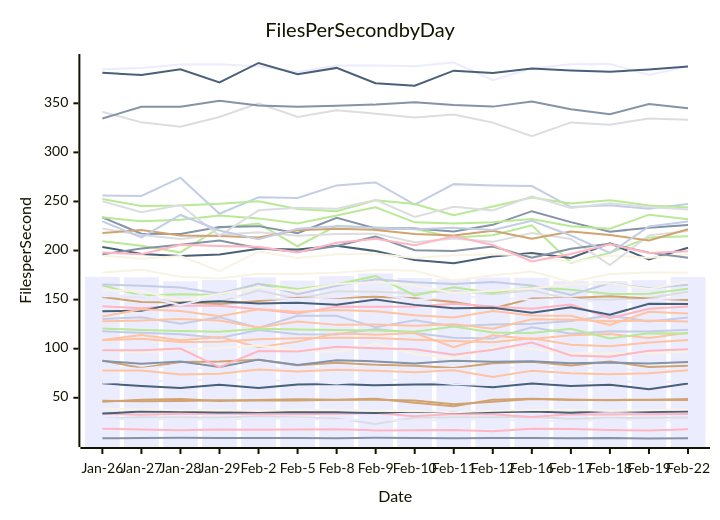
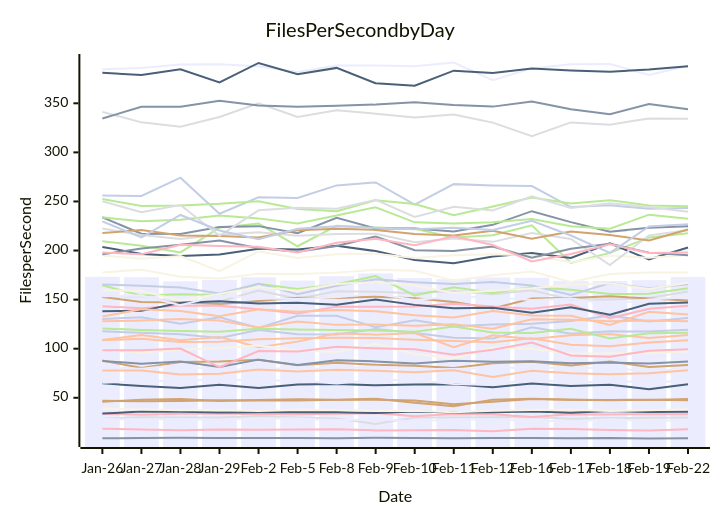
Before and after one commit to streetsidesoftware/cspell: the diagram in perf-report.md, drawn with Mermaid. The commit also changed other lines of this file and 1 other file, not shown here.

````diff
--- a/perf-report.md
+++ b/perf-report.md
@@ -10,57 +10,57 @@
 ```mermaid
 xychart-beta
     title Files Per Second by Day
     y-axis Files per Second
     x-axis Date [Jan-26, Jan-27, Jan-28, Jan-29, Feb-2, Feb-5, Feb-8, Feb-9, Feb-10, Feb-11, Feb-12, Feb-16, Feb-17, Feb-18, Feb-19, Feb-22]
-    bar [173.21, 172.82, 168.69, 170.17, 172.76, 169.39, 173.94, 176.68, 172.01, 170.80, 172.59, 172.20, 169.11, 168.97, 169.87, 173.08]
-    line [8.69, 9.06, 9.17, 8.90, 9.14, 9.10, 8.87, 9.39, 9.10, 8.79, 9.11, 8.93, 8.64, 9.05, 8.51, 8.67]
-    line [108.52, 110.13, 106.78, 107.20, 109.65, 110.63, 111.16, 110.94, 109.21, 107.83, 106.68, 110.60, 103.95, 102.58, 106.20, 108.90]
-    line [28.70, 30.12, 29.90, 29.99, 31.08, 29.80, 28.87, 23.26, 29.91, 29.82, 30.05, 30.35, 28.52, 29.28, 29.65, 29.92]
-    line [209.49, 204.94, 198.04, 223.32, 227.45, 204.37, 225.14, 223.42, 222.08, 213.20, 215.50, 225.73, 187.50, 197.59, 213.32, 214.65]
-    line [87.91, 80.34, 86.50, 86.84, 88.66, 83.22, 85.59, 83.52, 82.54, 80.25, 85.24, 86.74, 82.84, 86.83, 81.45, 82.71]
-    line [130.32, 132.03, 125.54, 132.09, 121.09, 133.64, 133.48, 121.84, 129.06, 122.93, 124.68, 125.50, 128.25, 133.90, 127.83, 131.85]
-    line [33.70, 32.82, 33.62, 33.93, 33.23, 33.25, 33.77, 34.38, 31.28, 33.43, 33.24, 30.53, 33.31, 33.04, 33.28, 33.40]
-    line [203.69, 196.52, 194.52, 195.98, 201.87, 201.12, 204.97, 199.43, 190.33, 187.01, 193.91, 197.53, 192.34, 207.35, 190.87, 202.87]
-    line [195.04, 191.69, 194.48, 178.97, 199.11, 192.32, 196.15, 196.80, 192.49, 195.28, 196.29, 194.83, 188.10, 194.84, 192.66, 196.09]
-    line [80.80, 79.69, 83.58, 77.01, 80.34, 79.32, 79.86, 81.63, 78.70, 79.41, 80.42, 80.99, 80.08, 80.78, 76.61, 80.56]
-    line [233.87, 217.12, 216.93, 224.01, 224.86, 217.64, 233.33, 222.49, 222.54, 219.50, 226.16, 240.10, 228.96, 219.08, 223.33, 225.91]
-    line [127.88, 128.69, 130.23, 128.77, 121.54, 127.82, 124.27, 124.62, 123.31, 125.03, 120.42, 129.98, 129.47, 127.87, 128.69, 127.64]
-    line [152.95, 153.44, 146.68, 148.04, 159.34, 150.93, 158.41, 157.97, 156.56, 158.71, 155.41, 159.62, 150.02, 150.05, 151.55, 158.01]
-    line [233.83, 229.73, 231.27, 235.75, 232.76, 227.56, 235.60, 244.14, 228.71, 227.46, 228.82, 232.02, 224.80, 222.16, 236.53, 231.78]
-    line [152.72, 147.54, 147.09, 145.41, 148.70, 151.93, 151.71, 152.93, 151.27, 147.55, 140.92, 151.13, 151.76, 153.31, 151.18, 149.50]
-    line [256.11, 255.68, 274.20, 237.51, 254.20, 253.57, 266.34, 269.39, 246.86, 267.66, 266.35, 265.66, 244.28, 246.16, 242.48, 247.33]
-    line [18.55, 17.57, 16.82, 17.76, 17.39, 17.79, 18.01, 16.74, 16.81, 17.17, 15.81, 18.35, 18.08, 17.18, 16.76, 17.81]
-    line [33.94, 35.92, 35.70, 34.97, 35.24, 35.24, 35.29, 34.51, 36.01, 35.10, 35.21, 35.98, 34.82, 36.43, 35.46, 36.09]
-    line [38.81, 37.93, 37.35, 37.58, 36.65, 37.87, 37.52, 36.62, 36.71, 35.21, 36.78, 37.62, 37.74, 36.57, 37.30, 38.14]
-    line [384.72, 385.87, 389.43, 389.76, 387.86, 381.95, 388.55, 388.50, 387.75, 391.57, 373.53, 385.59, 389.88, 390.09, 378.81, 387.64]
-    line [87.49, 84.71, 86.94, 81.29, 88.85, 83.51, 88.25, 87.06, 84.92, 87.81, 86.69, 87.24, 85.15, 85.90, 85.00, 86.52]
-    line [77.74, 77.78, 73.82, 74.60, 78.73, 76.88, 78.62, 77.47, 76.02, 78.07, 71.09, 77.64, 74.87, 74.07, 74.98, 77.95]
-    line [222.41, 215.81, 211.64, 216.10, 218.52, 215.06, 216.88, 216.99, 208.40, 212.31, 208.84, 217.81, 211.80, 185.28, 215.46, 219.96]
-    line [164.60, 154.09, 155.59, 154.71, 166.16, 160.94, 165.57, 174.04, 154.30, 162.65, 156.66, 162.87, 159.96, 155.64, 155.90, 161.03]
-    line [217.84, 220.87, 215.44, 214.77, 213.40, 220.70, 222.08, 221.01, 216.87, 215.38, 220.23, 212.12, 219.37, 215.84, 210.18, 221.71]
-    line [117.78, 116.14, 114.78, 110.96, 118.96, 114.84, 114.56, 119.99, 116.03, 111.12, 110.27, 121.81, 115.35, 117.70, 117.45, 119.34]
-    line [143.21, 141.20, 143.98, 143.78, 140.14, 135.87, 142.86, 142.75, 143.10, 145.82, 143.11, 140.65, 144.98, 130.98, 140.65, 142.89]
-    line [64.72, 62.00, 60.00, 63.28, 59.94, 63.60, 64.06, 62.64, 63.65, 63.88, 60.68, 64.42, 62.12, 63.28, 58.66, 64.46]
-    line [177.69, 180.46, 173.36, 171.47, 176.27, 176.08, 177.50, 180.37, 179.50, 169.53, 174.82, 178.71, 168.06, 176.19, 177.57, 177.57]
-    line [65.41, 67.07, 67.22, 68.71, 67.83, 67.42, 64.50, 68.29, 67.95, 63.94, 63.10, 68.79, 65.40, 66.62, 66.45, 66.30]
-    line [196.11, 202.03, 205.84, 210.33, 202.30, 198.84, 204.68, 214.35, 200.27, 199.54, 204.14, 192.69, 201.75, 206.87, 197.87, 192.70]
-    line [108.80, 113.98, 108.63, 112.03, 101.57, 107.21, 115.59, 114.29, 115.98, 101.55, 113.56, 109.85, 113.73, 114.86, 110.85, 116.33]
-    line [341.26, 330.59, 326.24, 336.05, 350.02, 336.18, 342.95, 339.36, 335.43, 338.51, 330.30, 316.59, 330.53, 328.24, 334.55, 333.25]
-    line [252.46, 245.33, 245.88, 247.56, 250.17, 242.23, 239.94, 251.24, 247.36, 235.88, 244.92, 253.98, 247.84, 251.30, 245.99, 243.73]
-    line [46.87, 46.43, 46.80, 47.45, 47.29, 47.35, 47.86, 48.05, 47.30, 43.46, 46.02, 48.76, 47.89, 47.85, 48.05, 47.61]
-    line [165.48, 164.06, 162.34, 156.27, 166.07, 155.61, 164.06, 170.66, 167.78, 165.93, 167.97, 164.38, 154.74, 166.79, 161.65, 165.18]
-    line [197.93, 196.32, 205.82, 204.70, 203.85, 198.04, 207.86, 211.91, 205.36, 214.41, 205.57, 188.86, 196.47, 206.41, 197.46, 199.27]
-    line [138.21, 138.55, 146.90, 148.25, 146.04, 146.87, 144.71, 150.09, 144.64, 141.32, 141.68, 136.63, 142.32, 134.55, 145.82, 145.43]
-    line [98.65, 96.11, 99.25, 100.66, 103.18, 98.24, 96.65, 104.96, 94.67, 90.15, 101.17, 99.92, 94.76, 95.38, 95.32, 97.11]
-    line [28.41, 27.77, 28.43, 27.26, 29.20, 28.78, 27.22, 28.25, 25.94, 28.04, 27.66, 26.73, 25.95, 28.09, 26.29, 27.27]
-    line [334.45, 346.57, 346.60, 352.58, 347.78, 346.57, 347.57, 348.75, 351.19, 348.15, 346.62, 351.78, 343.88, 338.94, 349.19, 345.01]
-    line [132.73, 140.24, 138.48, 133.03, 140.20, 137.55, 139.32, 138.06, 134.03, 131.86, 138.50, 133.91, 133.44, 124.24, 137.70, 135.91]
-    line [250.24, 239.03, 246.34, 215.04, 240.95, 243.60, 242.70, 251.69, 234.31, 244.51, 240.78, 255.22, 243.34, 248.23, 244.44, 241.78]
-    line [120.57, 119.01, 117.99, 117.30, 120.43, 119.43, 118.96, 118.43, 117.39, 122.51, 116.51, 115.88, 120.25, 110.42, 115.69, 115.50]
-    line [46.02, 47.96, 48.80, 46.78, 47.79, 48.42, 47.97, 48.95, 44.92, 41.33, 48.11, 48.93, 47.91, 47.47, 47.85, 48.74]
-    line [229.64, 213.50, 236.23, 220.41, 211.45, 222.13, 224.72, 223.26, 221.76, 223.13, 220.88, 230.21, 215.32, 197.56, 224.48, 229.61]
-    line [98.45, 98.30, 100.11, 81.16, 97.62, 97.16, 101.86, 100.35, 99.46, 93.91, 99.01, 106.34, 93.17, 91.86, 97.86, 99.51]
-    line [381.11, 378.87, 384.64, 371.32, 391.09, 379.53, 386.07, 370.43, 367.95, 383.26, 380.80, 385.48, 383.39, 382.12, 384.41, 387.40]
-    line [159.47, 158.84, 149.03, 155.81, 162.82, 158.93, 165.88, 167.89, 164.45, 156.78, 159.08, 161.56, 165.23, 166.55, 160.76, 168.23]
-    line [153.48, 154.19, 144.39, 154.19, 151.10, 150.58, 152.48, 156.02, 149.70, 153.17, 152.51, 149.58, 151.17, 145.28, 150.19, 151.80]
+    bar [173.21, 172.82, 168.69, 170.17, 172.76, 169.39, 173.94, 176.68, 172.01, 170.80, 172.59, 172.20, 169.11, 168.97, 169.87, 173.10]
+    line [8.69, 9.06, 9.17, 8.90, 9.14, 9.10, 8.87, 9.39, 9.10, 8.79, 9.11, 8.93, 8.64, 9.05, 8.51, 8.71]
+    line [108.52, 110.13, 106.78, 107.20, 109.65, 110.63, 111.16, 110.94, 109.21, 107.83, 106.68, 110.60, 103.95, 102.58, 106.20, 108.59]
+    line [28.70, 30.12, 29.90, 29.99, 31.08, 29.80, 28.87, 23.26, 29.91, 29.82, 30.05, 30.35, 28.52, 29.28, 29.65, 30.02]
+    line [209.49, 204.94, 198.04, 223.32, 227.45, 204.37, 225.14, 223.42, 222.08, 213.20, 215.50, 225.73, 187.50, 197.59, 213.32, 217.55]
+    line [87.91, 80.34, 86.50, 86.84, 88.66, 83.22, 85.59, 83.52, 82.54, 80.25, 85.24, 86.74, 82.84, 86.83, 81.45, 83.45]
+    line [130.32, 132.03, 125.54, 132.09, 121.09, 133.64, 133.48, 121.84, 129.06, 122.93, 124.68, 125.50, 128.25, 133.90, 127.83, 131.38]
+    line [33.70, 32.82, 33.62, 33.93, 33.23, 33.25, 33.77, 34.38, 31.28, 33.43, 33.24, 30.53, 33.31, 33.04, 33.28, 33.14]
+    line [203.69, 196.52, 194.52, 195.98, 201.87, 201.12, 204.97, 199.43, 190.33, 187.01, 193.91, 197.53, 192.34, 207.35, 190.87, 203.06]
+    line [195.04, 191.69, 194.48, 178.97, 199.11, 192.32, 196.15, 196.80, 192.49, 195.28, 196.29, 194.83, 188.10, 194.84, 192.66, 195.39]
+    line [80.80, 79.69, 83.58, 77.01, 80.34, 79.32, 79.86, 81.63, 78.70, 79.41, 80.42, 80.99, 80.08, 80.78, 76.61, 80.23]
+    line [233.87, 217.12, 216.93, 224.01, 224.86, 217.64, 233.33, 222.49, 222.54, 219.50, 226.16, 240.10, 228.96, 219.08, 223.33, 224.83]
+    line [127.88, 128.69, 130.23, 128.77, 121.54, 127.82, 124.27, 124.62, 123.31, 125.03, 120.42, 129.98, 129.47, 127.87, 128.69, 127.92]
+    line [152.95, 153.44, 146.68, 148.04, 159.34, 150.93, 158.41, 157.97, 156.56, 158.71, 155.41, 159.62, 150.02, 150.05, 151.55, 158.28]
+    line [233.83, 229.73, 231.27, 235.75, 232.76, 227.56, 235.60, 244.14, 228.71, 227.46, 228.82, 232.02, 224.80, 222.16, 236.53, 232.36]
+    line [152.72, 147.54, 147.09, 145.41, 148.70, 151.93, 151.71, 152.93, 151.27, 147.55, 140.92, 151.13, 151.76, 153.31, 151.18, 149.10]
+    line [256.11, 255.68, 274.20, 237.51, 254.20, 253.57, 266.34, 269.39, 246.86, 267.66, 266.35, 265.66, 244.28, 246.16, 242.48, 243.24]
+    line [18.55, 17.57, 16.82, 17.76, 17.39, 17.79, 18.01, 16.74, 16.81, 17.17, 15.81, 18.35, 18.08, 17.18, 16.76, 17.82]
+    line [33.94, 35.92, 35.70, 34.97, 35.24, 35.24, 35.29, 34.51, 36.01, 35.10, 35.21, 35.98, 34.82, 36.43, 35.46, 35.87]
+    line [38.81, 37.93, 37.35, 37.58, 36.65, 37.87, 37.52, 36.62, 36.71, 35.21, 36.78, 37.62, 37.74, 36.57, 37.30, 38.21]
+    line [384.72, 385.87, 389.43, 389.76, 387.86, 381.95, 388.55, 388.50, 387.75, 391.57, 373.53, 385.59, 389.88, 390.09, 378.81, 388.20]
+    line [87.49, 84.71, 86.94, 81.29, 88.85, 83.51, 88.25, 87.06, 84.92, 87.81, 86.69, 87.24, 85.15, 85.90, 85.00, 86.86]
+    line [77.74, 77.78, 73.82, 74.60, 78.73, 76.88, 78.62, 77.47, 76.02, 78.07, 71.09, 77.64, 74.87, 74.07, 74.98, 78.01]
+    line [222.41, 215.81, 211.64, 216.10, 218.52, 215.06, 216.88, 216.99, 208.40, 212.31, 208.84, 217.81, 211.80, 185.28, 215.46, 220.70]
+    line [164.60, 154.09, 155.59, 154.71, 166.16, 160.94, 165.57, 174.04, 154.30, 162.65, 156.66, 162.87, 159.96, 155.64, 155.90, 161.67]
+    line [217.84, 220.87, 215.44, 214.77, 213.40, 220.70, 222.08, 221.01, 216.87, 215.38, 220.23, 212.12, 219.37, 215.84, 210.18, 221.48]
+    line [117.78, 116.14, 114.78, 110.96, 118.96, 114.84, 114.56, 119.99, 116.03, 111.12, 110.27, 121.81, 115.35, 117.70, 117.45, 119.42]
+    line [143.21, 141.20, 143.98, 143.78, 140.14, 135.87, 142.86, 142.75, 143.10, 145.82, 143.11, 140.65, 144.98, 130.98, 140.65, 143.66]
+    line [64.72, 62.00, 60.00, 63.28, 59.94, 63.60, 64.06, 62.64, 63.65, 63.88, 60.68, 64.42, 62.12, 63.28, 58.66, 63.67]
+    line [177.69, 180.46, 173.36, 171.47, 176.27, 176.08, 177.50, 180.37, 179.50, 169.53, 174.82, 178.71, 168.06, 176.19, 177.57, 177.71]
+    line [65.41, 67.07, 67.22, 68.71, 67.83, 67.42, 64.50, 68.29, 67.95, 63.94, 63.10, 68.79, 65.40, 66.62, 66.45, 66.79]
+    line [196.11, 202.03, 205.84, 210.33, 202.30, 198.84, 204.68, 214.35, 200.27, 199.54, 204.14, 192.69, 201.75, 206.87, 197.87, 195.13]
+    line [108.80, 113.98, 108.63, 112.03, 101.57, 107.21, 115.59, 114.29, 115.98, 101.55, 113.56, 109.85, 113.73, 114.86, 110.85, 113.92]
+    line [341.26, 330.59, 326.24, 336.05, 350.02, 336.18, 342.95, 339.36, 335.43, 338.51, 330.30, 316.59, 330.53, 328.24, 334.55, 334.31]
+    line [252.46, 245.33, 245.88, 247.56, 250.17, 242.23, 239.94, 251.24, 247.36, 235.88, 244.92, 253.98, 247.84, 251.30, 245.99, 245.00]
+    line [46.87, 46.43, 46.80, 47.45, 47.29, 47.35, 47.86, 48.05, 47.30, 43.46, 46.02, 48.76, 47.89, 47.85, 48.05, 47.48]
+    line [165.48, 164.06, 162.34, 156.27, 166.07, 155.61, 164.06, 170.66, 167.78, 165.93, 167.97, 164.38, 154.74, 166.79, 161.65, 165.63]
+    line [197.93, 196.32, 205.82, 204.70, 203.85, 198.04, 207.86, 211.91, 205.36, 214.41, 205.57, 188.86, 196.47, 206.41, 197.46, 197.91]
+    line [138.21, 138.55, 146.90, 148.25, 146.04, 146.87, 144.71, 150.09, 144.64, 141.32, 141.68, 136.63, 142.32, 134.55, 145.82, 146.96]
+    line [98.65, 96.11, 99.25, 100.66, 103.18, 98.24, 96.65, 104.96, 94.67, 90.15, 101.17, 99.92, 94.76, 95.38, 95.32, 97.28]
+    line [28.41, 27.77, 28.43, 27.26, 29.20, 28.78, 27.22, 28.25, 25.94, 28.04, 27.66, 26.73, 25.95, 28.09, 26.29, 27.35]
+    line [334.45, 346.57, 346.60, 352.58, 347.78, 346.57, 347.57, 348.75, 351.19, 348.15, 346.62, 351.78, 343.88, 338.94, 349.19, 343.84]
+    line [132.73, 140.24, 138.48, 133.03, 140.20, 137.55, 139.32, 138.06, 134.03, 131.86, 138.50, 133.91, 133.44, 124.24, 137.70, 134.78]
+    line [250.24, 239.03, 246.34, 215.04, 240.95, 243.60, 242.70, 251.69, 234.31, 244.51, 240.78, 255.22, 243.34, 248.23, 244.44, 239.51]
+    line [120.57, 119.01, 117.99, 117.30, 120.43, 119.43, 118.96, 118.43, 117.39, 122.51, 116.51, 115.88, 120.25, 110.42, 115.69, 116.21]
+    line [46.02, 47.96, 48.80, 46.78, 47.79, 48.42, 47.97, 48.95, 44.92, 41.33, 48.11, 48.93, 47.91, 47.47, 47.85, 48.66]
+    line [229.64, 213.50, 236.23, 220.41, 211.45, 222.13, 224.72, 223.26, 221.76, 223.13, 220.88, 230.21, 215.32, 197.56, 224.48, 226.91]
+    line [98.45, 98.30, 100.11, 81.16, 97.62, 97.16, 101.86, 100.35, 99.46, 93.91, 99.01, 106.34, 93.17, 91.86, 97.86, 99.56]
+    line [381.11, 378.87, 384.64, 371.32, 391.09, 379.53, 386.07, 370.43, 367.95, 383.26, 380.80, 385.48, 383.39, 382.12, 384.41, 387.64]
+    line [159.47, 158.84, 149.03, 155.81, 162.82, 158.93, 165.88, 167.89, 164.45, 156.78, 159.08, 161.56, 165.23, 166.55, 160.76, 167.25]
+    line [153.48, 154.19, 144.39, 154.19, 151.10, 150.58, 152.48, 156.02, 149.70, 153.17, 152.51, 149.58, 151.17, 145.28, 150.19, 152.47]
 ```
````
